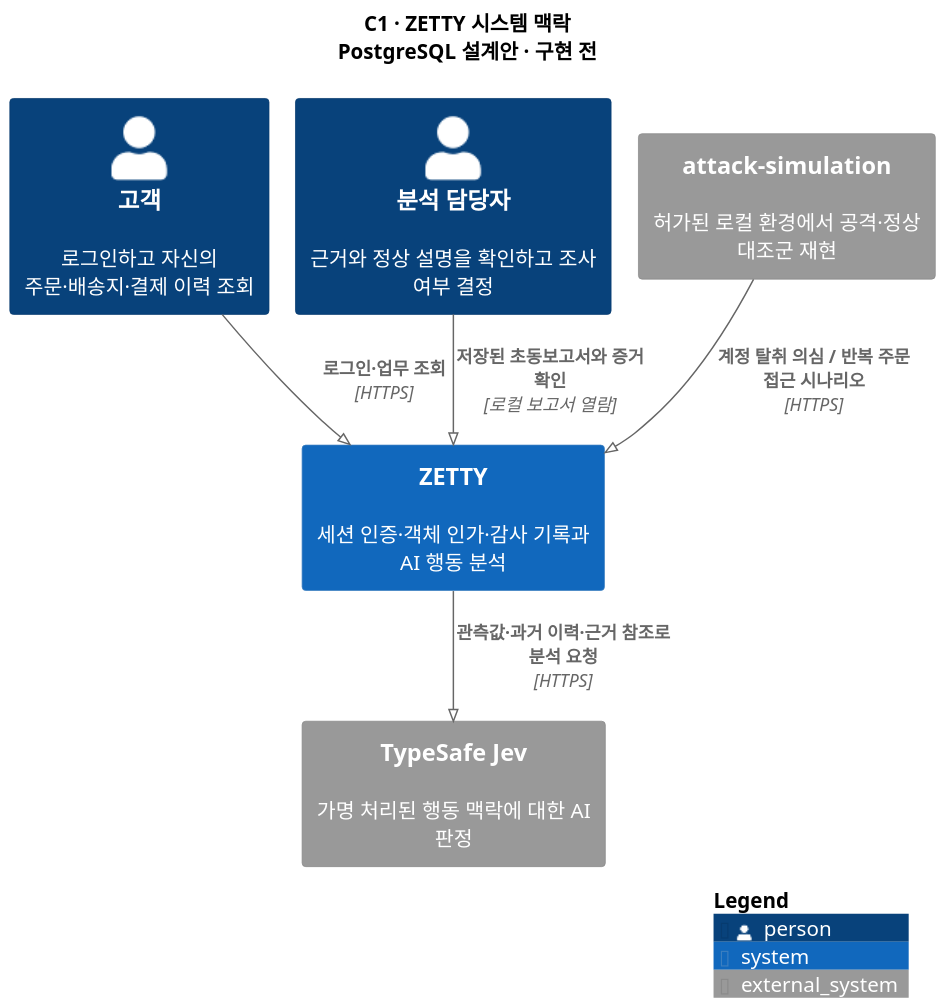
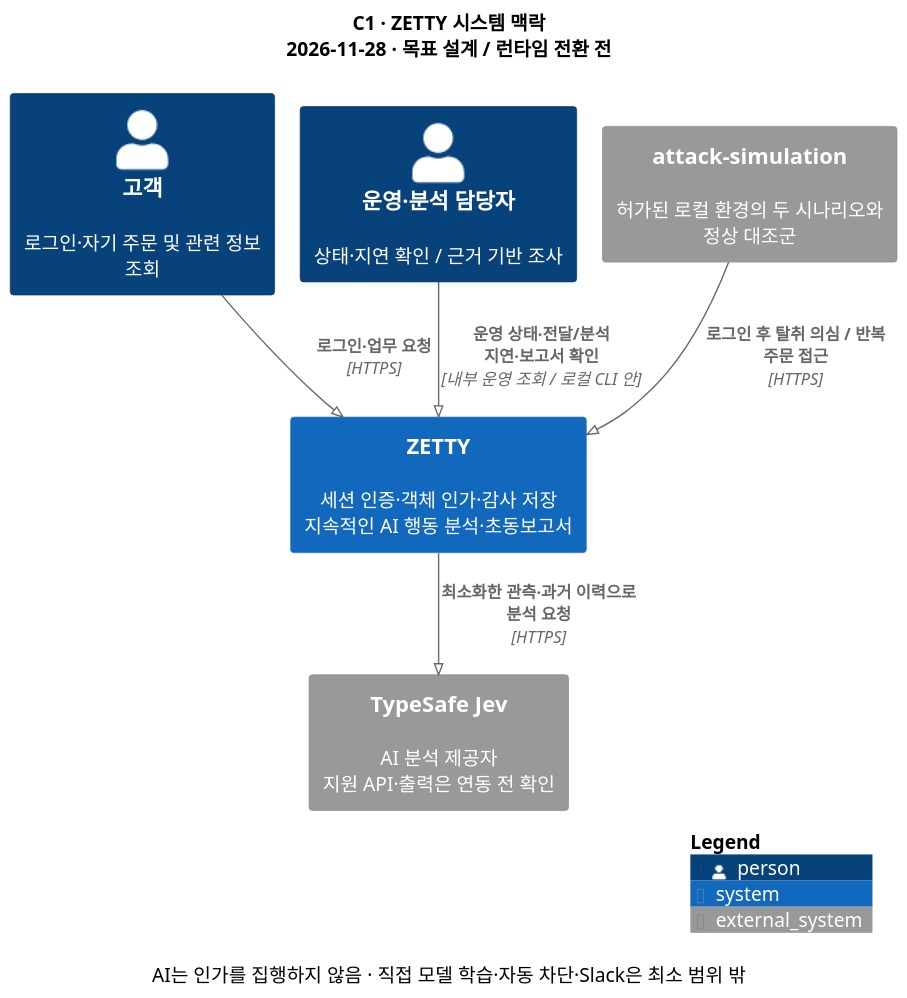
Before and after one commit to ZETTY-ZEROTRUST/backend: the diagram in docs/architecture/session-backend-c4/c1-context.puml, drawn with PlantUML. The commit also changed 28 other files, not shown here.

Commit message:
docs(architecture): 세션 백엔드와 UBA C4 설계 갱신

```diff
--- a/docs/architecture/session-backend-c4/c1-context.puml
+++ b/docs/architecture/session-backend-c4/c1-context.puml
@@ -1,23 +1,22 @@
 @startuml
 !pragma layout smetana
 skinparam defaultFontName "Apple SD Gothic Neo"
 skinparam defaultFontSize 14
 skinparam backgroundColor #FFFFFF
 skinparam shadowing false
-skinparam dpi 150
+skinparam dpi 140
 !include <C4/C4_Context>
 LAYOUT_TOP_DOWN()
-title C1 · ZETTY 시스템 맥락\nPostgreSQL 설계안 · 구현 전
-
-Person(customer, "고객", "로그인하고 자신의 주문·배송지·결제 이력 조회")
-Person(analyst, "분석 담당자", "근거와 정상 설명을 확인하고 조사 여부 결정")
-System(zetty, "ZETTY", "세션 인증·객체 인가·감사 기록과 AI 행동 분석")
-System_Ext(sim, "attack-simulation", "허가된 로컬 환경에서 공격·정상 대조군 재현")
-System_Ext(jev, "TypeSafe Jev", "가명 처리된 행동 맥락에 대한 AI 판정")
-Rel(customer, zetty, "로그인·업무 조회", "HTTPS")
-Rel(sim, zetty, "계정 탈취 의심 / 반복 주문 접근 시나리오", "HTTPS")
-Rel(zetty, jev, "관측값·과거 이력·근거 참조로 분석 요청", "HTTPS")
-Rel(analyst, zetty, "저장된 초동보고서와 증거 확인", "로컬 보고서 열람")
-
+title C1 · ZETTY 시스템 맥락\n2026-11-28 · 목표 설계 / 런타임 전환 전
+Person(customer, "고객", "로그인·자기 주문 및 관련 정보 조회")
+Person(operator, "운영·분석 담당자", "상태·지연 확인 / 근거 기반 조사")
+System(zetty, "ZETTY", "세션 인증·객체 인가·감사 저장\n지속적인 AI 행동 분석·초동보고서")
+System_Ext(sim, "attack-simulation", "허가된 로컬 환경의 두 시나리오와 정상 대조군")
+System_Ext(jev, "TypeSafe Jev", "AI 분석 제공자\n지원 API·출력은 연동 전 확인")
+Rel(customer, zetty, "로그인·업무 요청", "HTTPS")
+Rel(sim, zetty, "로그인 후 탈취 의심 / 반복 주문 접근", "HTTPS")
+Rel(zetty, jev, "최소화한 관측·과거 이력으로 분석 요청", "HTTPS")
+Rel(operator, zetty, "운영 상태·전달/분석 지연·보고서 확인", "내부 운영 조회 / 로컬 CLI 안")
+caption AI는 인가를 집행하지 않음 · 직접 모델 학습·자동 차단·Slack은 최소 범위 밖
 SHOW_LEGEND()
 @enduml
```
